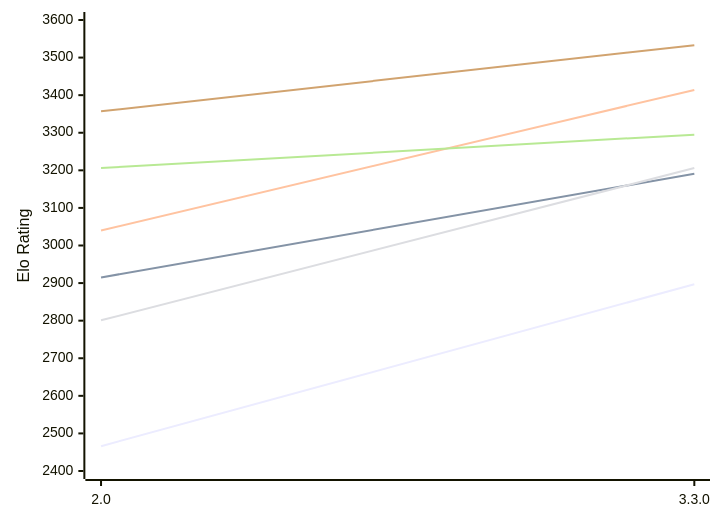
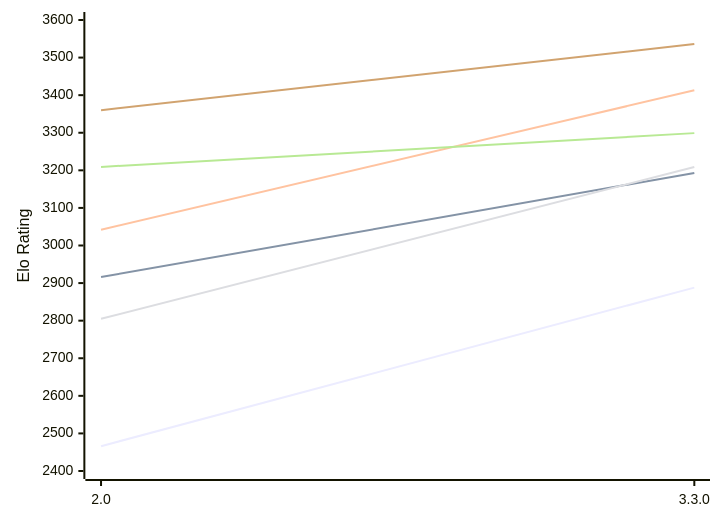
Before and after one commit to computer-chess-index/cci: the diagram in engines/Ravager.md, drawn with Mermaid. The commit also changed other lines of this file, not shown here.

Commit message:
Update CCI Ratings (ELO VLTC) - 2026-10-11

````diff
--- a/engines/Ravager.md
+++ b/engines/Ravager.md
@@ -49,12 +49,12 @@
 ```mermaid
 %%{init: {"theme":"base","themeVariables":{"seriesColors:['#a3a3a3','#222221','#faa371']}}}%%
 xychart-beta
   x-axis ["2.0", "3.3.0"]
   y-axis "Elo Rating" 2400 --> 3600
-  line "E1: STC (8.0+0.08s)" [2466, 2897]
-  line "E1: LTC (60.0+0.60s)" [2915, 3191]
-  line "E1: VLTC (2m24s+1.12s)" [3040, 3414]
-  line "P1: STC (8.0+0.08s)" [2801, 3206]
-  line "P1: LTC (60.0+0.60s)" [3206, 3295]
-  line "P1: VLTC (2m24s+1.12s)" [3357, 3533]
+  line "E1: STC (8.0+0.08s)" [2466, 2888]
+  line "E1: LTC (60.0+0.60s)" [2916, 3193]
+  line "E1: VLTC (2m24s+1.12s)" [3042, 3413]
+  line "P1: STC (8.0+0.08s)" [2805, 3209]
+  line "P1: LTC (60.0+0.60s)" [3209, 3299]
+  line "P1: VLTC (2m24s+1.12s)" [3360, 3536]
 ```
````
